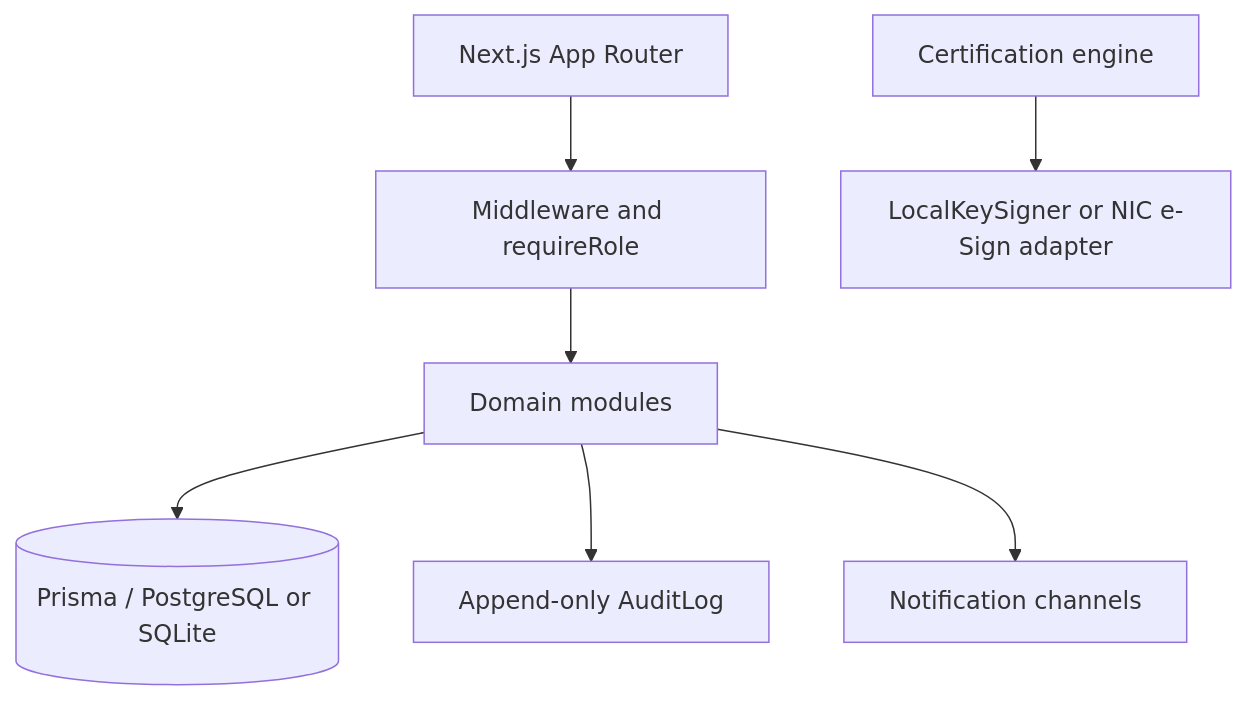
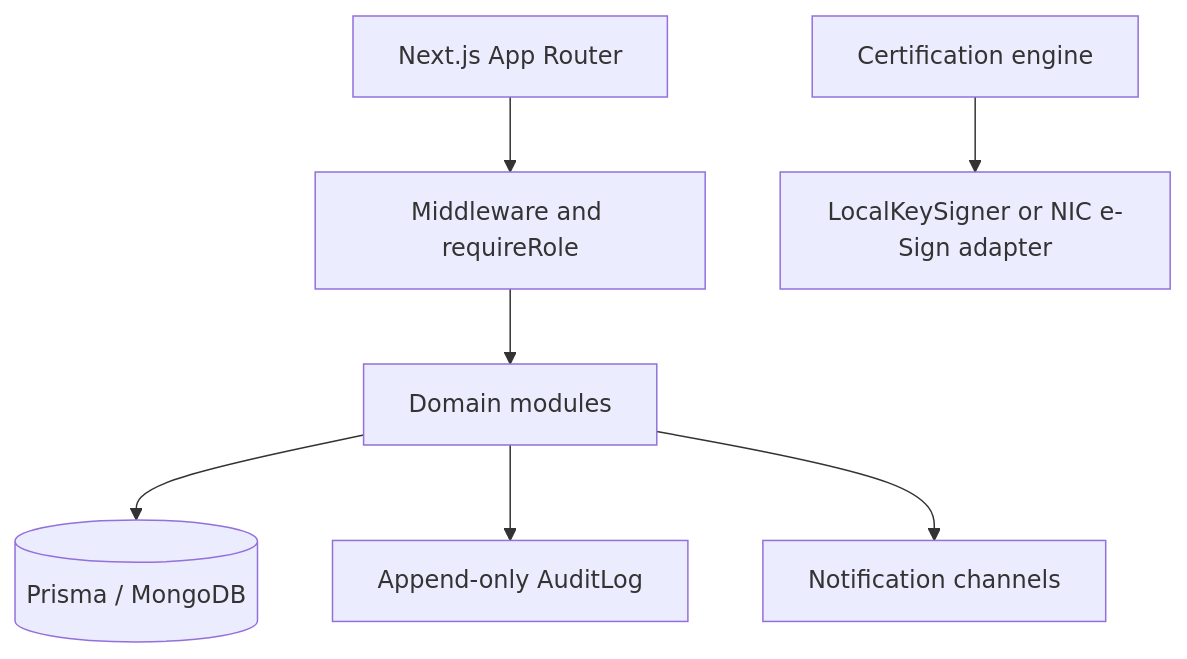
Before and after one commit to ADITYADAV-0/etulamaan: the first of 3 diagrams in docs/ARCHITECTURE.md, drawn with Mermaid. The commit also changed 13 other files, not shown here.

````diff
--- a/docs/ARCHITECTURE.md
+++ b/docs/ARCHITECTURE.md
@@ -5,9 +5,9 @@
 ```mermaid
 graph TD
   UI[Next.js App Router] --> Guard[Middleware and requireRole]
   Guard --> Modules[Domain modules]
-  Modules --> Prisma[(Prisma / PostgreSQL or SQLite)]
+  Modules --> Prisma[(Prisma / MongoDB)]
   Modules --> Audit[Append-only AuditLog]
   Modules --> Notify[Notification channels]
   Certification[Certification engine] --> Signer[LocalKeySigner or NIC e-Sign adapter]
 ```
````
